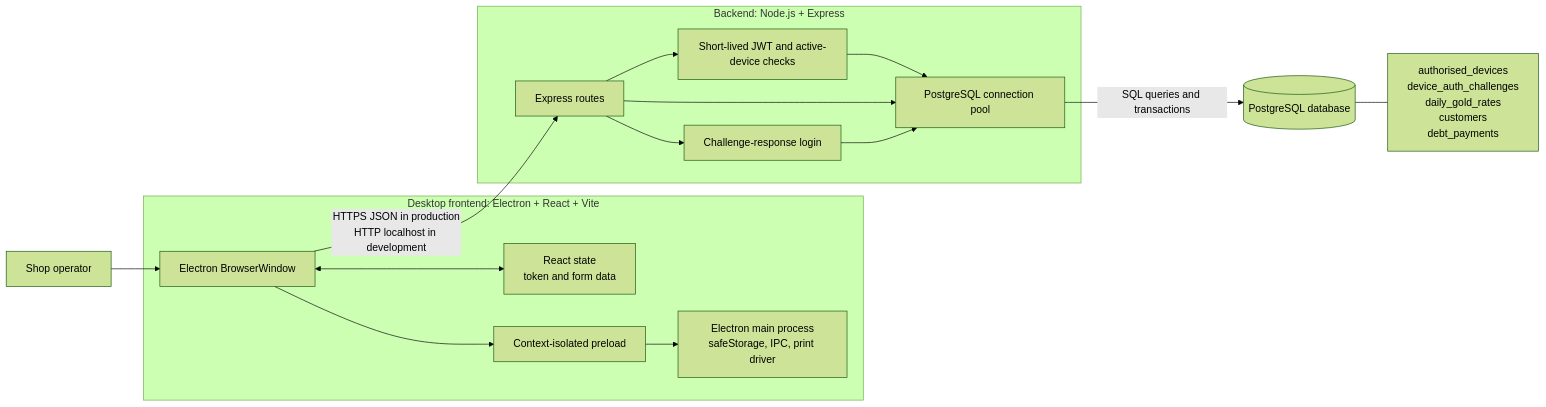
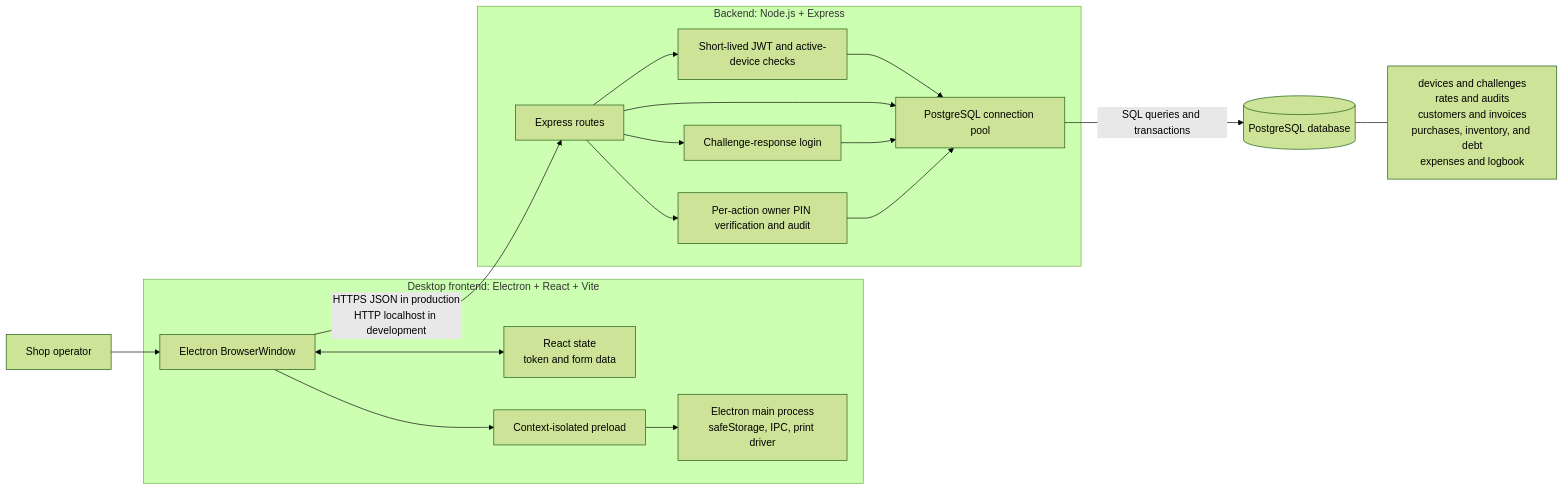
One commit to Varshihihihi21/gold_system changed the diagram in docs/diagrams/architecture.mmd. Above: the diagram before and after it, drawn with Mermaid (forest theme). The commit also changed 32 other files, not shown here.

```diff
--- a/docs/diagrams/architecture.mmd
+++ b/docs/diagrams/architecture.mmd
@@ -1,23 +1,25 @@
 flowchart LR
     Operator[Shop operator] --> Desktop
     subgraph Frontend["Desktop frontend: Electron + React + Vite"]
         Desktop[Electron BrowserWindow]
         State[React state<br/>token and form data]
         Main[Electron main process<br/>safeStorage, IPC, print driver]
         Preload[Context-isolated preload]
         Desktop <--> State
         Desktop --> Preload --> Main
     end
     Desktop -->|HTTPS JSON in production<br/>HTTP localhost in development| Server
     subgraph Backend["Backend: Node.js + Express"]
         Server[Express routes]
         Middleware[Short-lived JWT and active-device checks]
         DeviceAuth[Challenge-response login]
+        OwnerPin[Per-action owner PIN verification and audit]
         Pool[PostgreSQL connection pool]
         Server --> Middleware
         Middleware --> Pool
         Server --> Pool
         Server --> DeviceAuth --> Pool
+        Server --> OwnerPin --> Pool
     end
     Pool -->|SQL queries and transactions| PostgreSQL[(PostgreSQL database)]
-    PostgreSQL --- Tables[authorised_devices<br/>device_auth_challenges<br/>daily_gold_rates<br/>customers<br/>debt_payments]
+    PostgreSQL --- Tables[devices and challenges<br/>rates and audits<br/>customers and invoices<br/>purchases, inventory, and debt<br/>expenses and logbook]
```
